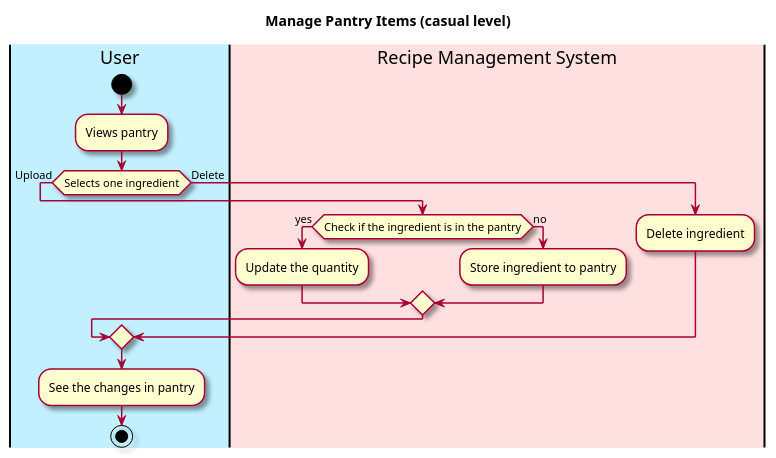
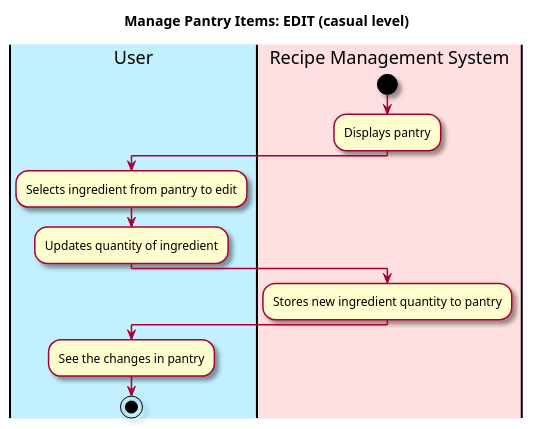
One commit to berthashipper/Pantry-Pal-Android-Application changed the third of 5 diagrams in intellij/doc/use-cases/manage_pantry.md. Above: the diagram before and after it, drawn with PlantUML. The commit also changed other lines of this file and 8 other files, not shown here.

Commit message:
Changes to vision, use case files added, manage_pantry use case diagram changes

````diff
--- a/intellij/doc/use-cases/manage_pantry.md
+++ b/intellij/doc/use-cases/manage_pantry.md
@@ -27,32 +92,28 @@
 ```plantuml
 @startuml
 
 skin rose
 
-title  Manage Pantry Items (casual level)
+title  Manage Pantry Items: EDIT (casual level)
 
 'define the lanes
 |#application|User|
 |#implementation|Recipe Management System|
 
+|Recipe Management System|
+start
+:Displays pantry;
 |User|
-start
-:Views pantry;
-if (Selects one ingredient) is (Upload) then
+:Selects ingredient from pantry to edit;
+:Updates quantity of ingredient;
+
 |Recipe Management System|
-if (Check if the ingredient is in the pantry) is (yes) then
-:Update the quantity;
-else (no)
-:Store ingredient to pantry;
-endif
-else (Delete)
-|Recipe Management System|
-  :Delete ingredient;
-endif
+
+:Stores new ingredient quantity to pantry;
 
 |User|
 :See the changes in pantry;
 
 stop
 @enduml
 ```
````
